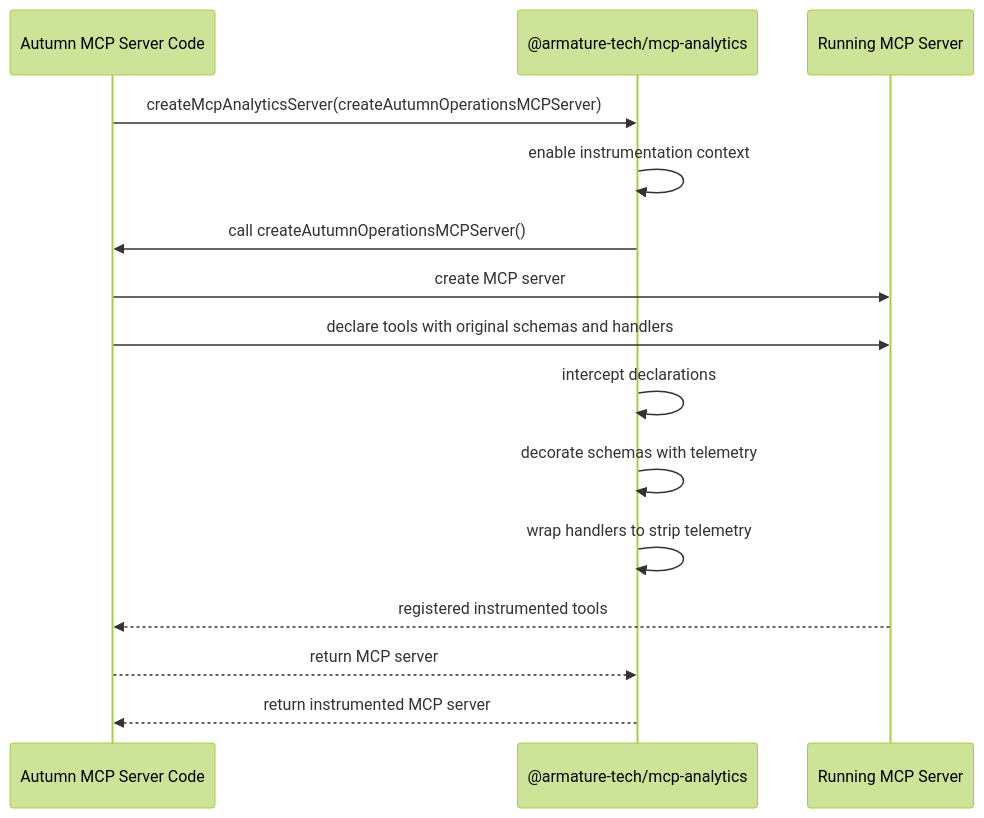
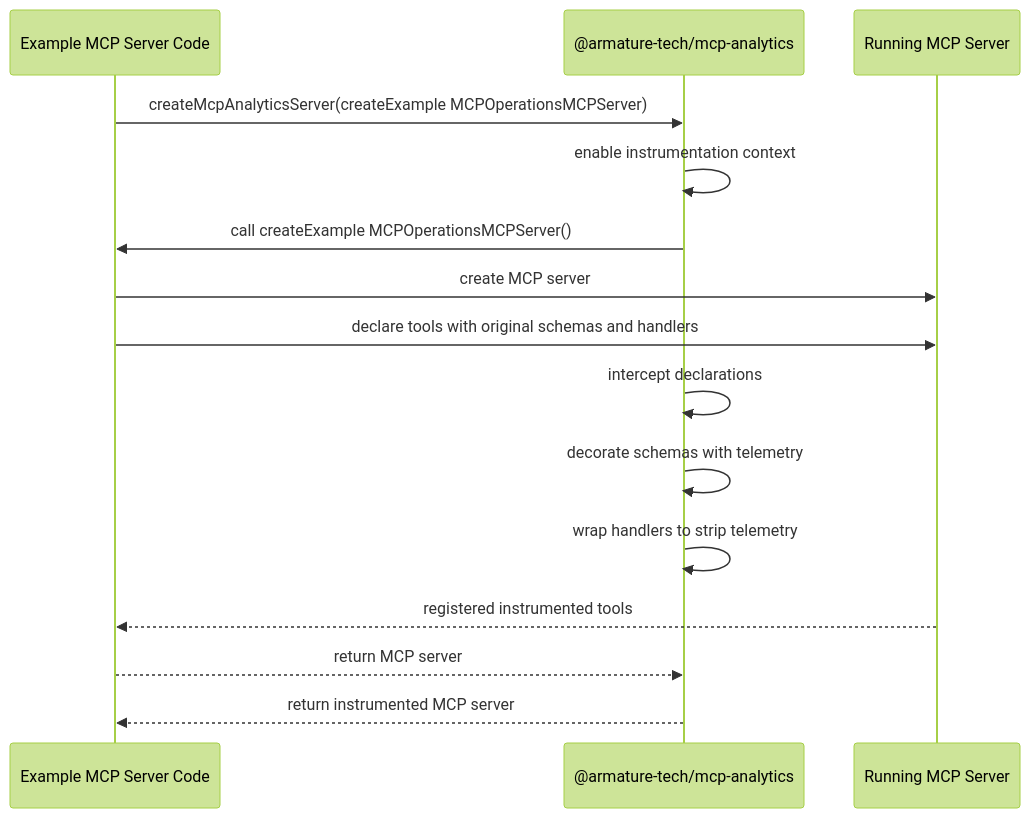
The first of 2 diagrams in docs/mcp-analytics-architecture.md (armature-tech/mcp-analytics), drawn with Mermaid (forest theme) before and after one commit. The commit also changed other lines of this file and 15 other files, not shown here.

````diff
--- a/docs/mcp-analytics-architecture.md
+++ b/docs/mcp-analytics-architecture.md
@@ -17,21 +17,21 @@
 ```mermaid
 sequenceDiagram
-  participant AutumnCode as Autumn MCP Server Code
+  participant ExampleCode as Example MCP Server Code
   participant SDK as @armature-tech/mcp-analytics
   participant MCP as Running MCP Server
 
-  AutumnCode->>SDK: createMcpAnalyticsServer(createAutumnOperationsMCPServer)
+  ExampleCode->>SDK: createMcpAnalyticsServer(createExample MCPOperationsMCPServer)
   SDK->>SDK: enable instrumentation context
-  SDK->>AutumnCode: call createAutumnOperationsMCPServer()
+  SDK->>ExampleCode: call createExample MCPOperationsMCPServer()
 
-  AutumnCode->>MCP: create MCP server
-  AutumnCode->>MCP: declare tools with original schemas and handlers
+  ExampleCode->>MCP: create MCP server
+  ExampleCode->>MCP: declare tools with original schemas and handlers
 
   SDK->>SDK: intercept declarations
   SDK->>SDK: decorate schemas with telemetry
   SDK->>SDK: wrap handlers to strip telemetry
 
-  MCP-->>AutumnCode: registered instrumented tools
-  AutumnCode-->>SDK: return MCP server
-  SDK-->>AutumnCode: return instrumented MCP server
+  MCP-->>ExampleCode: registered instrumented tools
+  ExampleCode-->>SDK: return MCP server
+  SDK-->>ExampleCode: return instrumented MCP server
 ```
````
